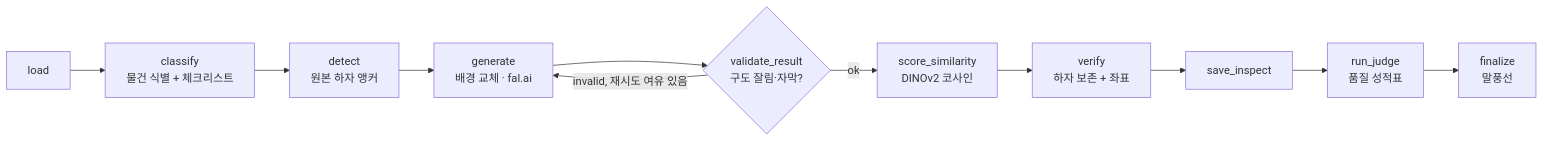
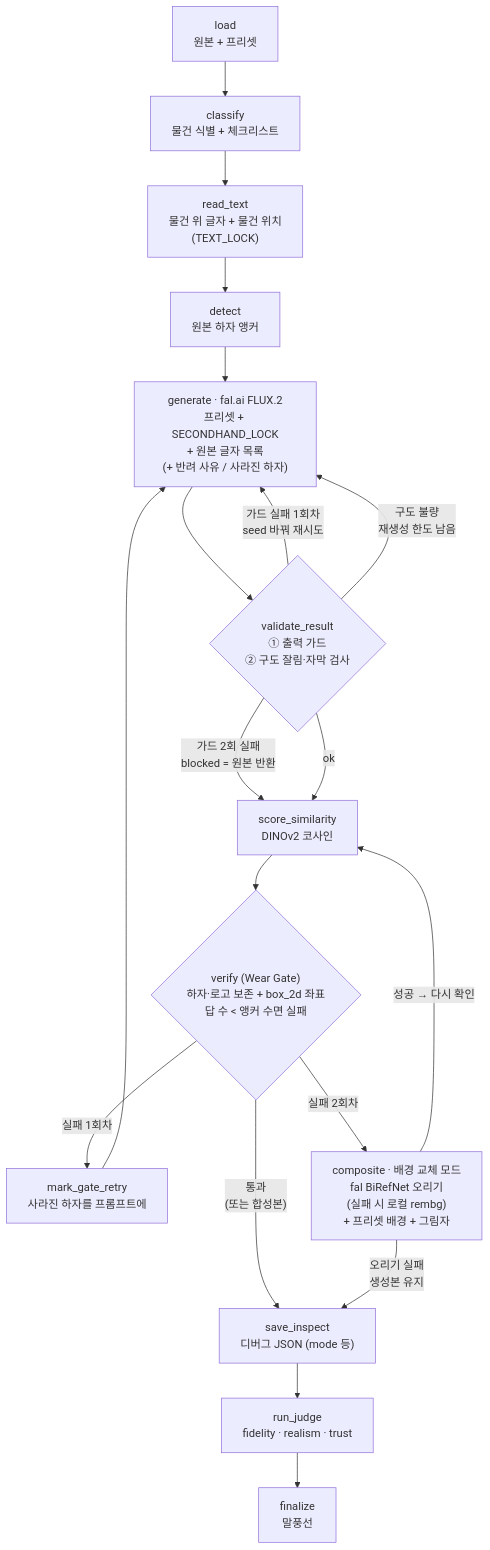
Before and after one commit to cha0620/Carret-App: the diagram in Readme.ko.md, drawn with Mermaid. The commit also changed other lines of this file and 1 other file, not shown here.

Commit message:
docs: README 파이프라인 mermaid 갱신 (read_text, 가드 재시도, 게이트 재생성, 배경 교체 모드)

````diff
--- a/Readme.ko.md
+++ b/Readme.ko.md
@@ -32,13 +32,21 @@
 ```mermaid
-flowchart LR
-  L[load] --> C[classify<br/>물건 식별 + 체크리스트]
-  C --> D[detect<br/>원본 하자 앵커]
-  D --> G[generate<br/>배경 교체 · fal.ai]
-  G --> V{validate_result<br/>구도 잘림·자막?}
-  V -->|invalid, 재시도 여유 있음| G
-  V -->|ok| S[score_similarity<br/>DINOv2 코사인]
-  S --> VR[verify<br/>하자 보존 + 좌표]
-  VR --> I[save_inspect]
-  I --> J[run_judge<br/>품질 성적표]
-  J --> F[finalize<br/>말풍선]
+flowchart TD
+  L["load<br/>원본 + 프리셋"] --> C["classify<br/>물건 식별 + 체크리스트"]
+  C --> T["read_text<br/>물건 위 글자 + 물건 위치<br/>(TEXT_LOCK)"]
+  T --> D["detect<br/>원본 하자 앵커"]
+  D --> G["generate · fal.ai FLUX.2<br/>프리셋 + SECONDHAND_LOCK<br/>+ 원본 글자 목록<br/>(+ 반려 사유 / 사라진 하자)"]
+  G --> V{"validate_result<br/>① 출력 가드<br/>② 구도 잘림·자막 검사"}
+  V -->|"가드 실패 1회차<br/>seed 바꿔 재시도"| G
+  V -->|"구도 불량<br/>재생성 한도 남음"| G
+  V -->|"가드 2회 실패<br/>blocked = 원본 반환"| S
+  V -->|ok| S["score_similarity<br/>DINOv2 코사인"]
+  S --> VR{"verify (Wear Gate)<br/>하자·로고 보존 + box_2d 좌표<br/>답 수 &lt; 앵커 수면 실패"}
+  VR -->|"통과<br/>(또는 합성본)"| I
+  VR -->|"실패 1회차"| R["mark_gate_retry<br/>사라진 하자를 프롬프트에"]
+  R --> G
+  VR -->|"실패 2회차"| X["composite · 배경 교체 모드<br/>fal BiRefNet 오리기<br/>(실패 시 로컬 rembg)<br/>+ 프리셋 배경 + 그림자"]
+  X -->|"성공 → 다시 확인"| S
+  X -->|"오리기 실패<br/>생성본 유지"| I
+  I["save_inspect<br/>디버그 JSON (mode 등)"] --> J["run_judge<br/>fidelity · realism · trust"]
+  J --> F["finalize<br/>말풍선"]
 ```
````
